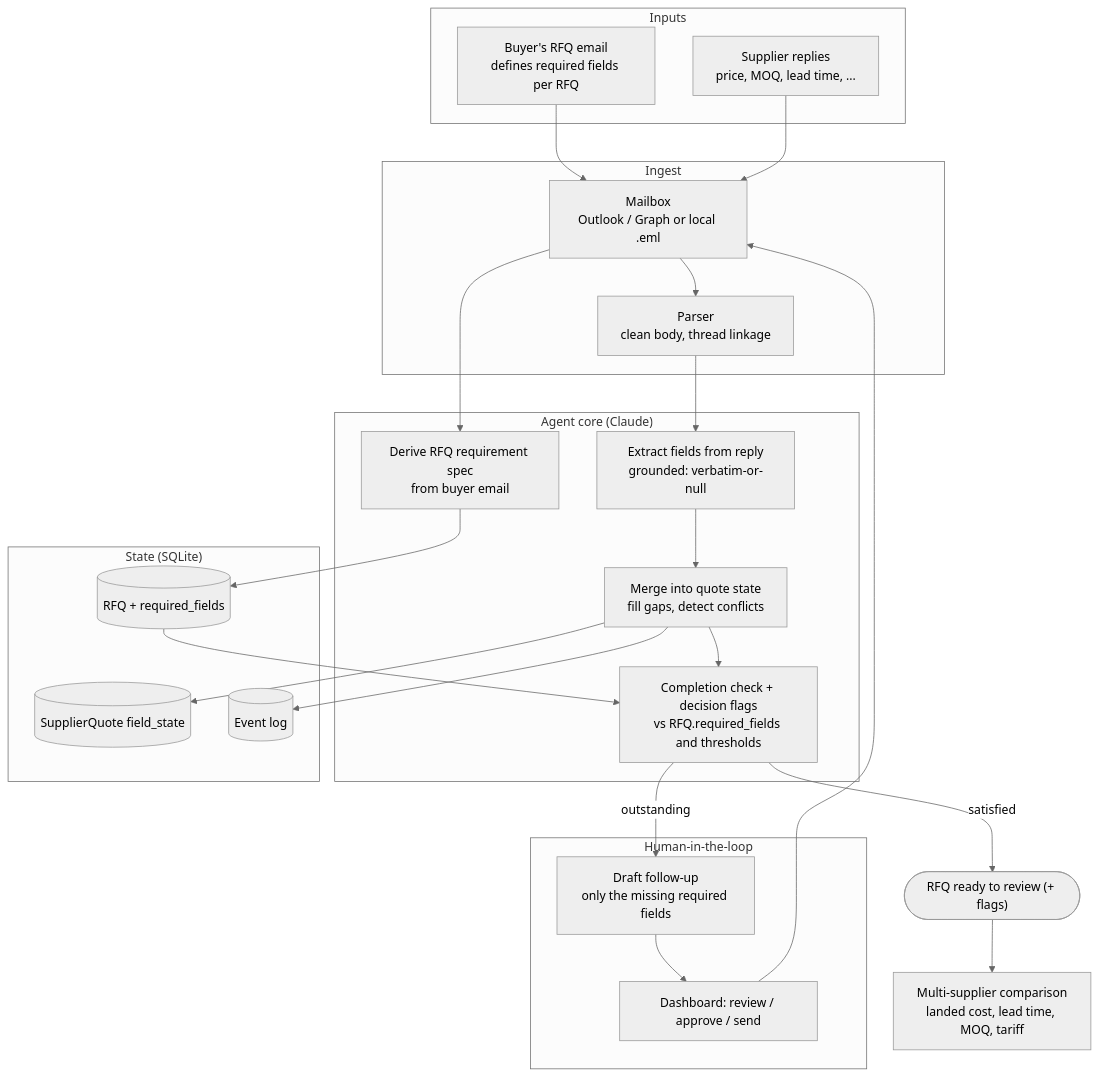
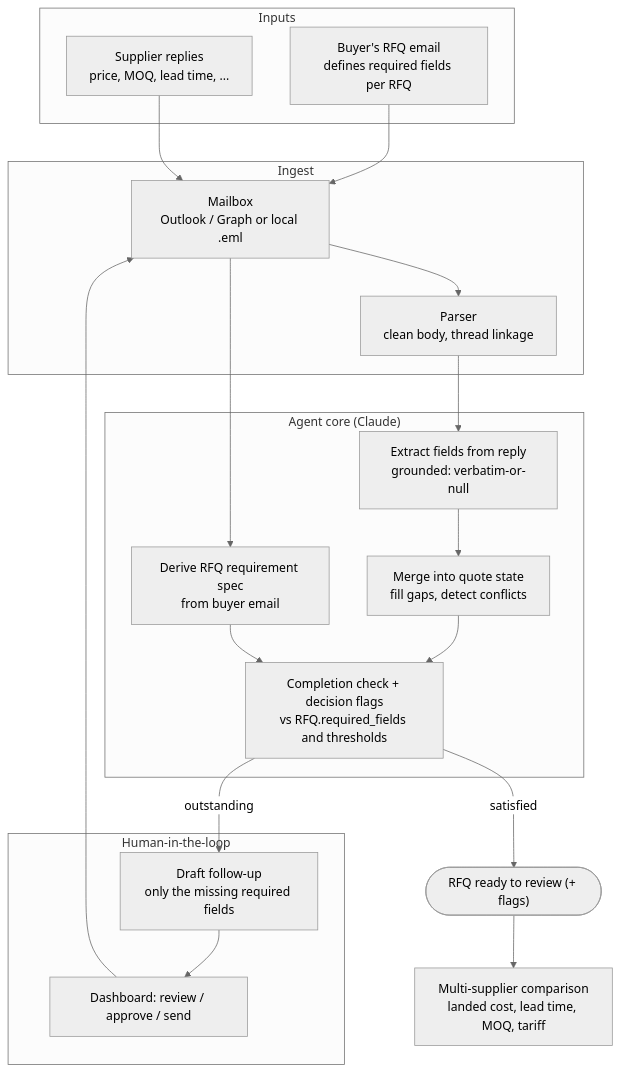
Before and after one commit to JayleeBot/ForgeFlow: the first of 2 diagrams in README.md, drawn with Mermaid (neutral theme). The commit also changed other lines of this file, not shown here.

Commit message:
Focus README architecture on agent behavior, drop storage layer
Remove the State (SQLite) subgraph and storage references from the system
diagram and layers; keep the cross-round accumulation framed as agent behavior.

````diff
--- a/README.md
+++ b/README.md
@@ -13,36 +13,29 @@
 ```mermaid
 flowchart TB
     subgraph IN["Inputs"]
         BUYER["Buyer's RFQ email<br/>defines required fields per RFQ"]
         SUP["Supplier replies<br/>price, MOQ, lead time, ..."]
     end
     subgraph ING["Ingest"]
         MBX["Mailbox<br/>Outlook / Graph or local .eml"]
         PARSE["Parser<br/>clean body, thread linkage"]
     end
     subgraph AGENT["Agent core (Claude)"]
         REQ["Derive RFQ requirement spec<br/>from buyer email"]
         EX["Extract fields from reply<br/>grounded: verbatim-or-null"]
         MERGE["Merge into quote state<br/>fill gaps, detect conflicts"]
         CHK["Completion check + decision flags<br/>vs RFQ.required_fields and thresholds"]
     end
-    subgraph DB["State (SQLite)"]
-        RFQDB[("RFQ + required_fields")]
-        SQDB[("SupplierQuote field_state")]
-        EV[("Event log")]
-    end
     subgraph HITL["Human-in-the-loop"]
         DRAFT["Draft follow-up<br/>only the missing required fields"]
         DASH["Dashboard: review / approve / send"]
     end
     NOTIFY(["RFQ ready to review (+ flags)"])
     COMPARE["Multi-supplier comparison<br/>landed cost, lead time, MOQ, tariff"]
 
     BUYER --> MBX
     SUP --> MBX --> PARSE --> EX --> MERGE --> CHK
-    MBX --> REQ --> RFQDB --> CHK
-    MERGE --> SQDB
-    MERGE --> EV
+    MBX --> REQ --> CHK
     CHK -->|outstanding| DRAFT --> DASH --> MBX
     CHK -->|satisfied| NOTIFY --> COMPARE
 ```
````
